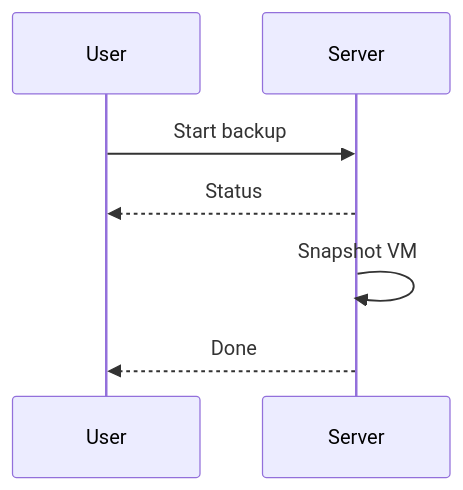
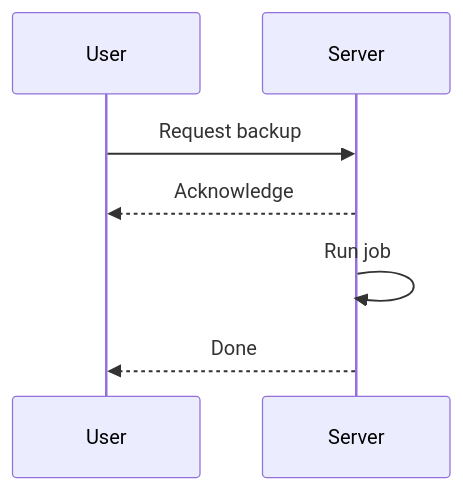
Before and after one commit to LieutenantJimmy/M143_PE24c_Homelab_Backup_Concept: the second of 9 diagrams in 01-Concept/backup_concept.md, drawn with Mermaid. The commit also changed other lines of this file, not shown here.

````diff
--- a/01-Concept/backup_concept.md
+++ b/01-Concept/backup_concept.md
@@ -19,9 +19,9 @@
 ```mermaid
 sequenceDiagram
   participant User
   participant Server
-  User->>Server: Start backup
-  Server-->>User: Status
-  Server->>Server: Snapshot VM
+  User->>Server: Request backup
+  Server-->>User: Acknowledge
+  Server->>Server: Run job
   Server-->>User: Done
 ```
````
